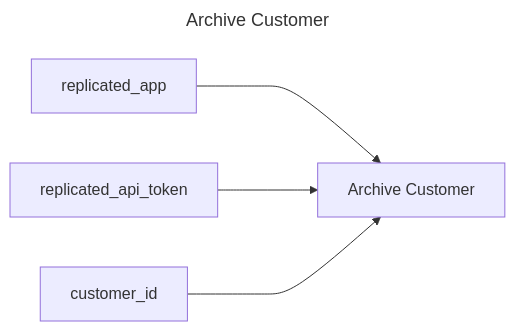
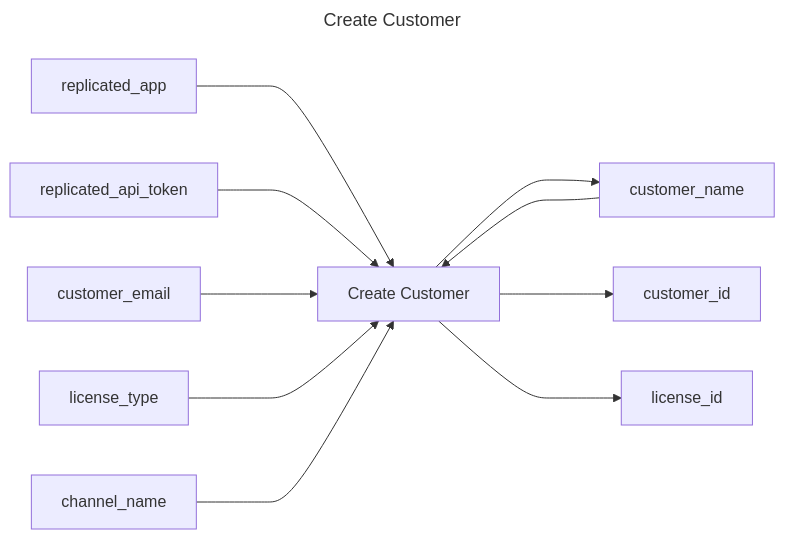
One commit to replicatedhq/replicated-actions changed the diagram in create-customer/README.md. Above: the diagram before and after it, drawn with Mermaid. The commit also changed 4 other files, not shown here.

````diff
--- a/create-customer/README.md
+++ b/create-customer/README.md
@@ -3,10 +3,16 @@
 ```mermaid
 ---
-title: Archive Customer
+title: Create Customer
 ---
 graph LR
-archive_customer["Archive Customer"]
-replicated_app ---> archive_customer
-replicated_api_token ---> archive_customer
-customer_id ---> archive_customer
+create_customer["Create Customer"]
+replicated_app ---> create_customer
+replicated_api_token ---> create_customer
+customer_name ---> create_customer
+customer_email ---> create_customer
+license_type ---> create_customer
+channel_name ---> create_customer
+create_customer ---> customer_name
+create_customer ---> customer_id
+create_customer ---> license_id
 ```
````
